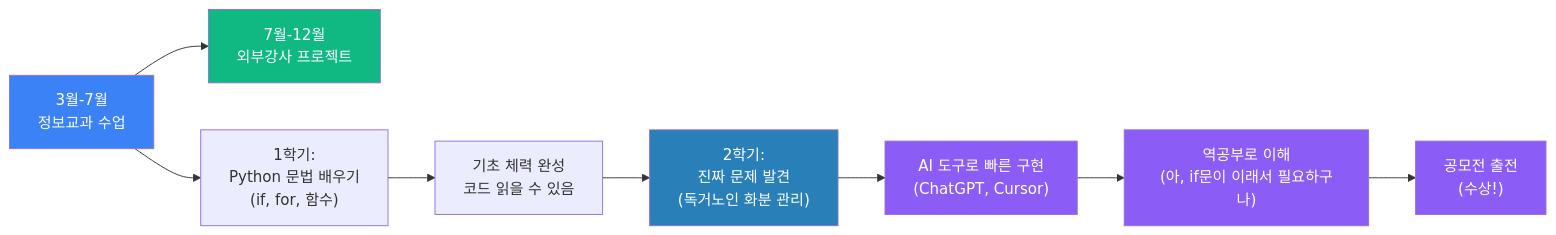
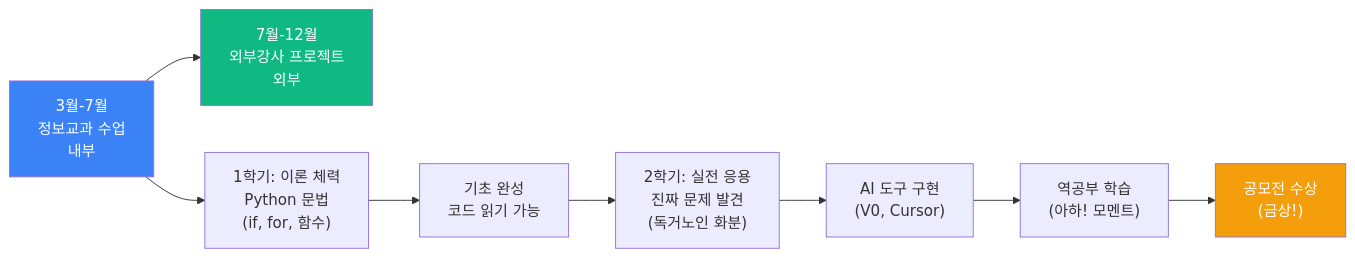
The fifth of 37 diagrams in documents/외부강사_특화_교육_프로그램.md (Collegenie-X/AIMakerLab_Web), drawn with Mermaid before and after one commit. The commit also changed other lines of this file, not shown here.

````diff
--- a/documents/외부강사_특화_교육_프로그램.md
+++ b/documents/외부강사_특화_교육_프로그램.md
@@ -73,19 +297,16 @@
 ```mermaid
 graph LR
-    A[3월-7월<br/>정보교과 수업] --> B[7월-12월<br/>외부강사 프로젝트]
+    A[3월-7월<br/>정보교과 수업<br/>내부] --> B[7월-12월<br/>외부강사 프로젝트<br/>외부]
     
-    A --> A1["1학기:<br/>Python 문법 배우기<br/>(if, for, 함수)"]
-    A1 --> A2["기초 체력 완성<br/>코드 읽을 수 있음"]
+    A --> A1["1학기: 이론 체력<br/>Python 문법<br/>(if, for, 함수)"]
+    A1 --> A2["기초 완성<br/>코드 읽기 가능"]
     
-    A2 --> B1["2학기:<br/>진짜 문제 발견<br/>(독거노인 화분 관리)"]
-    B1 --> B2["AI 도구로 빠른 구현<br/>(ChatGPT, Cursor)"]
-    B2 --> B3["역공부로 이해<br/>(아, if문이 이래서 필요하구나)"]
-    B3 --> B4["공모전 출전<br/>(수상!)"]
+    A2 --> B1["2학기: 실전 응용<br/>진짜 문제 발견<br/>(독거노인 화분)"]
+    B1 --> B2["AI 도구 구현<br/>(V0, Cursor)"]
+    B2 --> B3["역공부 학습<br/>(아하! 모멘트)"]
+    B3 --> B4["공모전 수상<br/>(금상!)"]
     
     style A fill:#3b82f6,color:#fff
     style B fill:#10b981,color:#fff
-    style B1 fill:#2980b9,color:#fff
-    style B2 fill:#8b5cf6,color:#fff
-    style B3 fill:#8b5cf6,color:#fff
-    style B4 fill:#8b5cf6,color:#fff
+    style B4 fill:#f59e0b,color:#fff
 ```
````
